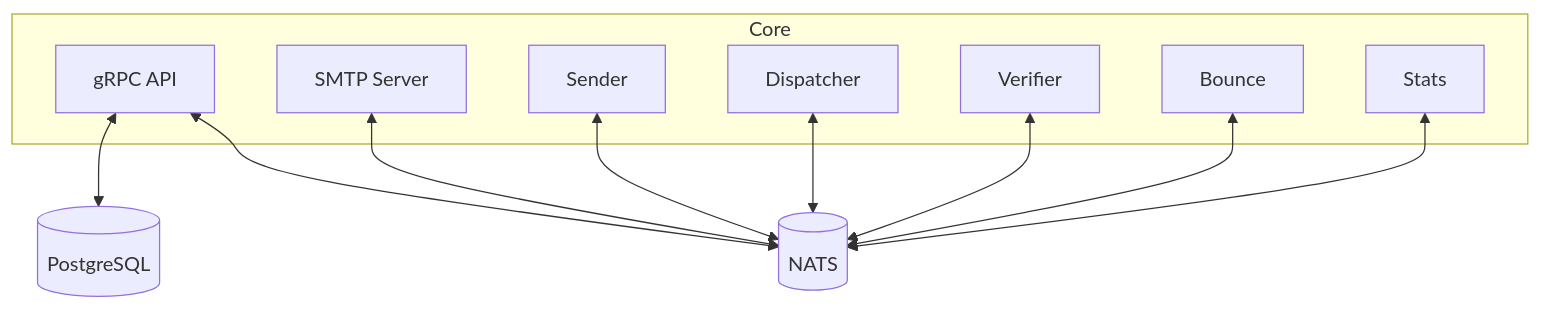
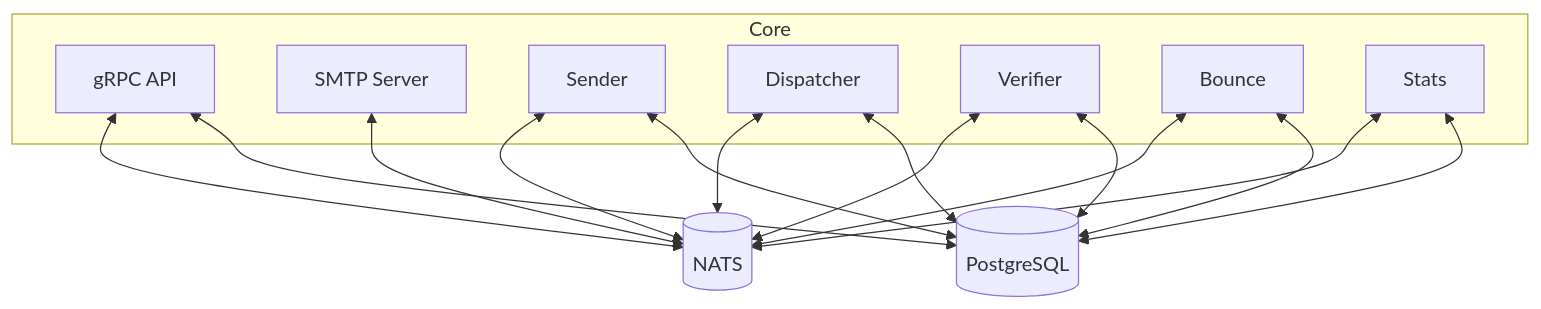
One commit to kannon-email/kannon changed the second of 2 diagrams in ARCHITECTURE.md. Above: the diagram before and after it, drawn with Mermaid. The commit also changed 2 other files, not shown here.

Commit message:
docs: update architecture and README to clarify NATS and DB interactions

````diff
--- a/ARCHITECTURE.md
+++ b/ARCHITECTURE.md
@@ -170,20 +170,27 @@
 ```mermaid
 flowchart TD
     subgraph Core
         API["gRPC API"]
         SMTP["SMTP Server"]
         Sender["Sender"]
         Dispatcher["Dispatcher"]
         Verifier["Verifier"]
         Bounce["Bounce"]
         Stats["Stats"]
     end
-    API <--> DB[(PostgreSQL)]
-    Sender <--> NATS[(NATS)]
+    DB[(PostgreSQL)]
+    NATS[(NATS)]
+    API <--> DB
+    Dispatcher <--> DB
+    Sender <--> DB
+    Verifier <--> DB
+    Stats <--> DB
+    Bounce <--> DB
+    API <--> NATS
+    Sender <--> NATS
     Dispatcher <--> NATS
     SMTP <--> NATS
     Stats <--> NATS
     Verifier <--> NATS
     Bounce <--> NATS
-    API <--> NATS
 ```
````
